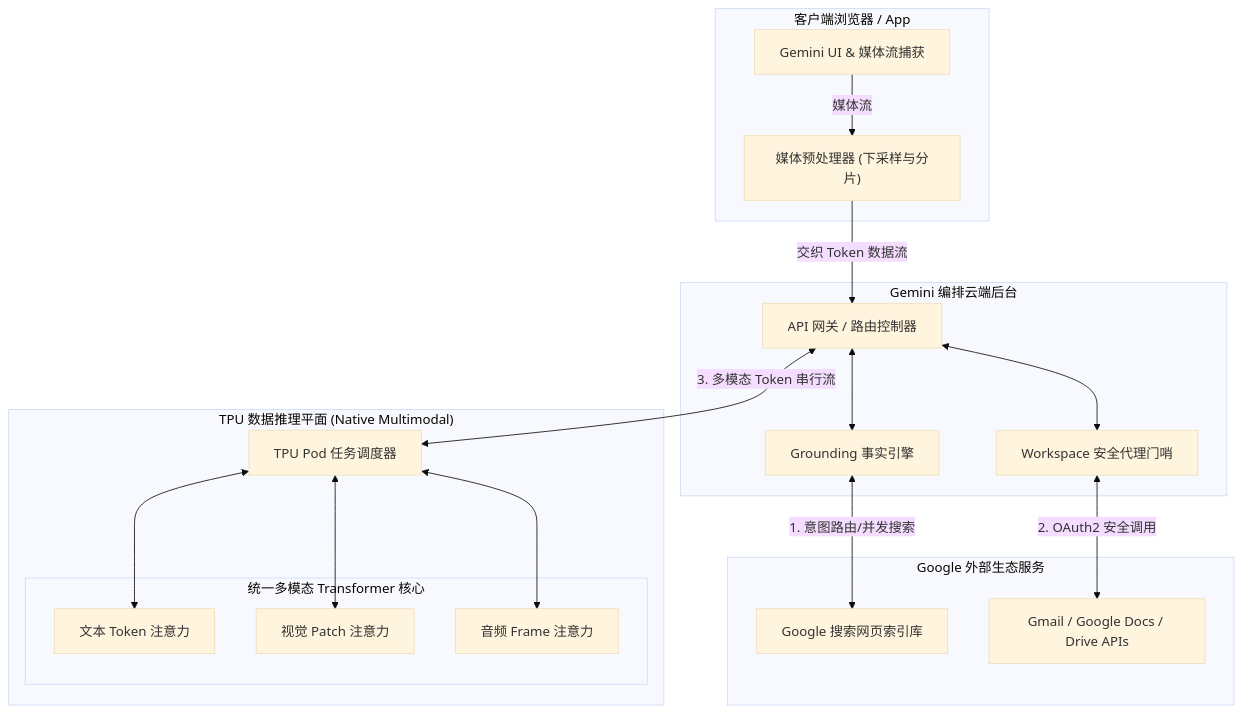
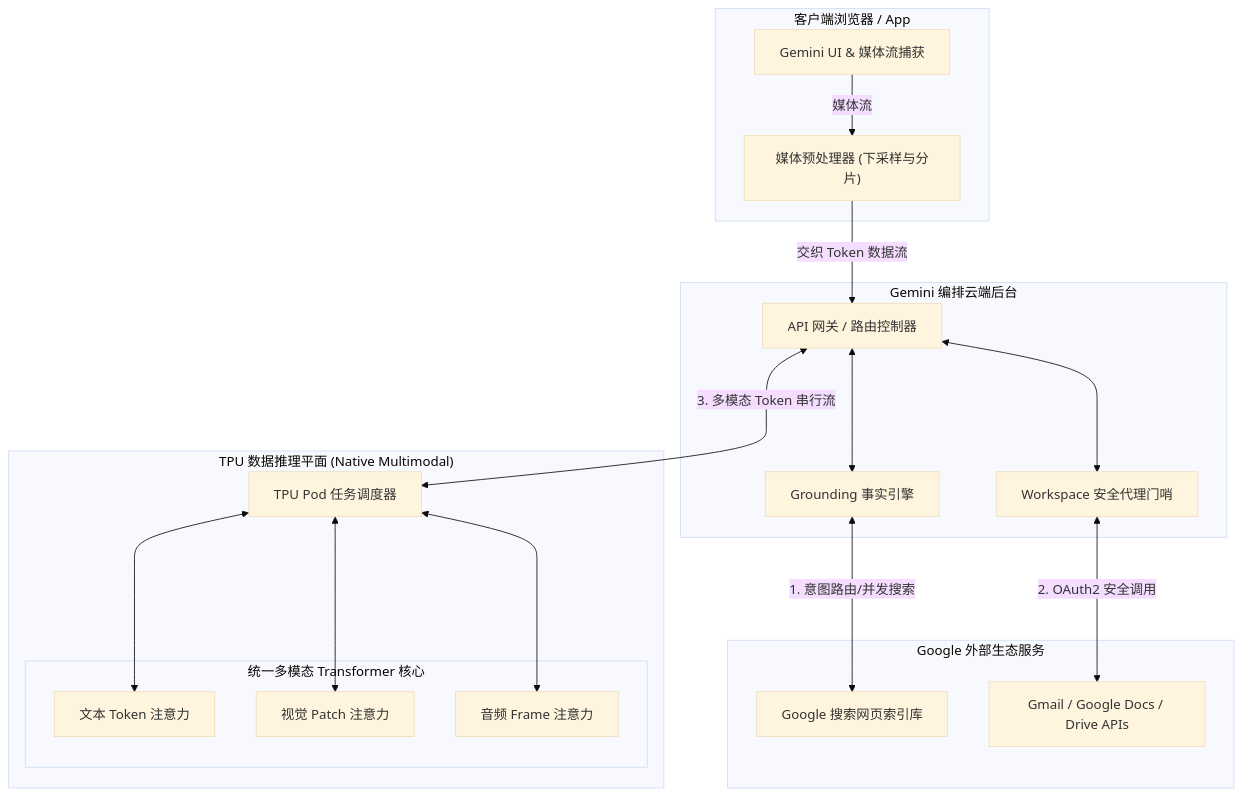
Before and after one commit to koosai/AI-Architect-Learning: the third of 6 diagrams in docs/atlas/gemini.mdx, drawn with Mermaid (base theme). The commit also changed 68 other files, not shown here.

Commit message:
fix(atlas): fix browser client-side Mermaid rendering for mindmaps and flowcharts across 67 case studies

````diff
--- a/docs/atlas/gemini.mdx
+++ b/docs/atlas/gemini.mdx
@@ -100,40 +100,40 @@
 ```mermaid
 graph TB
   subgraph ClientSide["客户端浏览器 / App"]
     UI["Gemini UI & 媒体流捕获"]
     MediaEncoder["媒体预处理器 (下采样与分片)"]
   end
 
   subgraph OrchestrationCloud["Gemini 编排云端后台"]
     Gateway["API 网关 / 路由控制器"]
     GroundingEngine["Grounding 事实引擎"]
     WorkspaceProxy["Workspace 安全代理门哨"]
   end
 
   subgraph EnterpriseEcosystem["Google 外部生态服务"]
     SearchEngine["Google 搜索网页索引库"]
     WorkspaceAPIs["Gmail / Google Docs / Drive APIs"]
   end
 
   subgraph TPUInference["TPU 数据推理平面 (Native Multimodal)"]
     TPUOrchestrator["TPU Pod 任务调度器"]
     subgraph AttentionCore["统一多模态 Transformer 核心"]
       TextAttention["文本 Token 注意力"]
       VisionAttention["视觉 Patch 注意力"]
       AudioAttention["音频 Frame 注意力"]
     end
   end
 
   UI -->|媒体流| MediaEncoder
   MediaEncoder -->|交织 Token 数据流| Gateway
-  Gateway <--> GroundingEngine
-  Gateway <--> WorkspaceProxy
+  Gateway <---> GroundingEngine
+  Gateway <---> WorkspaceProxy
   
-  GroundingEngine <-->|1. 意图路由/并发搜索| SearchEngine
-  WorkspaceProxy <-->|2. OAuth2 安全调用| WorkspaceAPIs
+  GroundingEngine <--->|1. 意图路由/并发搜索| SearchEngine
+  WorkspaceProxy <--->|2. OAuth2 安全调用| WorkspaceAPIs
   
-  Gateway <-->|3. 多模态 Token 串行流| TPUOrchestrator
-  TPUOrchestrator <--> TextAttention
-  TPUOrchestrator <--> VisionAttention
-  TPUOrchestrator <--> AudioAttention
+  Gateway <--->|3. 多模态 Token 串行流| TPUOrchestrator
+  TPUOrchestrator <---> TextAttention
+  TPUOrchestrator <---> VisionAttention
+  TPUOrchestrator <---> AudioAttention
 ```
````
